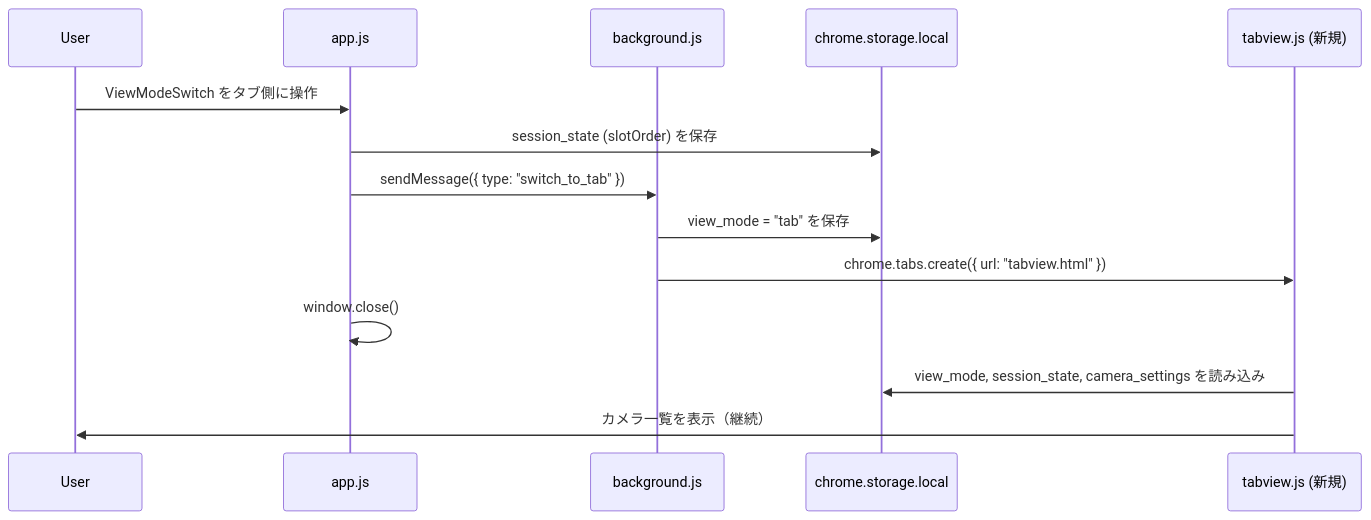
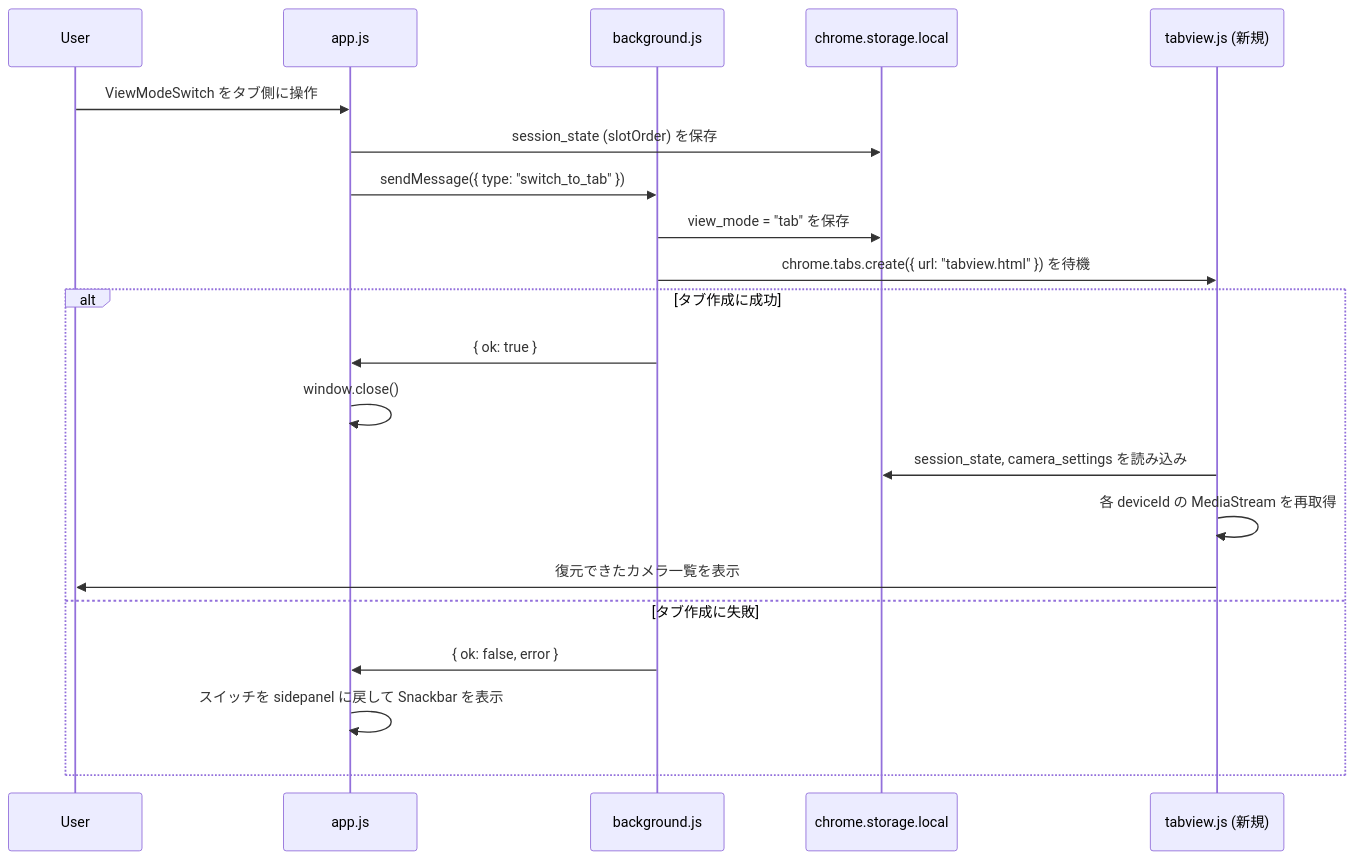
Before and after one commit to masanori-satake/OmniView-Solo: the second of 5 diagrams in .kiro/specs/0001_tab-view-mode/design.md, drawn with Mermaid. The commit also changed other lines of this file and 15 other files, not shown here.

````diff
--- a/.kiro/specs/0001_tab-view-mode/design.md
+++ b/.kiro/specs/0001_tab-view-mode/design.md
@@ -66,17 +66,24 @@
 ```mermaid
 sequenceDiagram
     participant User
     participant SP as app.js
     participant BG as background.js
     participant Store as chrome.storage.local
     participant Tab as tabview.js (新規)
 
     User->>SP: ViewModeSwitch をタブ側に操作
     SP->>Store: session_state (slotOrder) を保存
     SP->>BG: sendMessage({ type: "switch_to_tab" })
     BG->>Store: view_mode = "tab" を保存
-    BG->>Tab: chrome.tabs.create({ url: "tabview.html" })
-    SP->>SP: window.close()
-    Tab->>Store: view_mode, session_state, camera_settings を読み込み
-    Tab->>User: カメラ一覧を表示（継続）
+    BG->>Tab: chrome.tabs.create({ url: "tabview.html" }) を待機
+    alt タブ作成に成功
+        BG->>SP: { ok: true }
+        SP->>SP: window.close()
+        Tab->>Store: session_state, camera_settings を読み込み
+        Tab->>Tab: 各 deviceId の MediaStream を再取得
+        Tab->>User: 復元できたカメラ一覧を表示
+    else タブ作成に失敗
+        BG->>SP: { ok: false, error }
+        SP->>SP: スイッチを sidepanel に戻して Snackbar を表示
+    end
 ```
````
